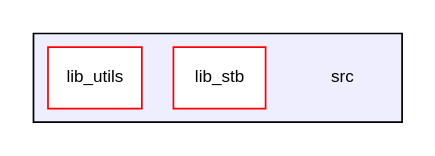
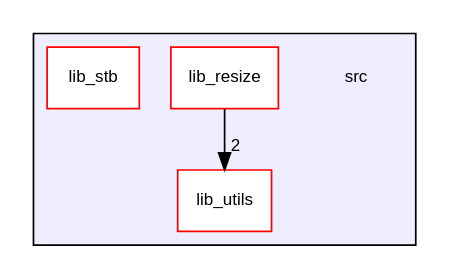
Before and after one commit to lukki15/pixelization: the diagram in dir_68267d1309a1af8e8297ef4c3efbcdba_dep.dot, drawn with Graphviz. The commit also changed 70 other files, not shown here.

```diff
--- a/dir_68267d1309a1af8e8297ef4c3efbcdba_dep.dot
+++ b/dir_68267d1309a1af8e8297ef4c3efbcdba_dep.dot
@@ -1,11 +1,13 @@
 digraph "/home/runner/work/pixelization/pixelization/src" {
   compound=true
   node [ fontsize="10", fontname="Helvetica"];
   edge [ labelfontsize="10", labelfontname="Helvetica"];
   subgraph clusterdir_68267d1309a1af8e8297ef4c3efbcdba {
     graph [ bgcolor="#eeeeff", pencolor="black", label="" URL="dir_68267d1309a1af8e8297ef4c3efbcdba.html"];
     dir_68267d1309a1af8e8297ef4c3efbcdba [shape=plaintext label="src"];
+  dir_0fbe2dd2394aaa3e721d927528c6ae20 [shape=box label="lib_resize" fillcolor="white" style="filled" color="red" URL="dir_0fbe2dd2394aaa3e721d927528c6ae20.html"];
   dir_edb6b4c7d5ba6b0ba1bcc84a8b02d522 [shape=box label="lib_stb" fillcolor="white" style="filled" color="red" URL="dir_edb6b4c7d5ba6b0ba1bcc84a8b02d522.html"];
   dir_c17dc64c98cba5e3a5d53b0eb213fc8d [shape=box label="lib_utils" fillcolor="white" style="filled" color="red" URL="dir_c17dc64c98cba5e3a5d53b0eb213fc8d.html"];
   }
+  dir_0fbe2dd2394aaa3e721d927528c6ae20->dir_c17dc64c98cba5e3a5d53b0eb213fc8d [headlabel="2", labeldistance=1.5 headhref="dir_000001_000003.html"];
 }
```
